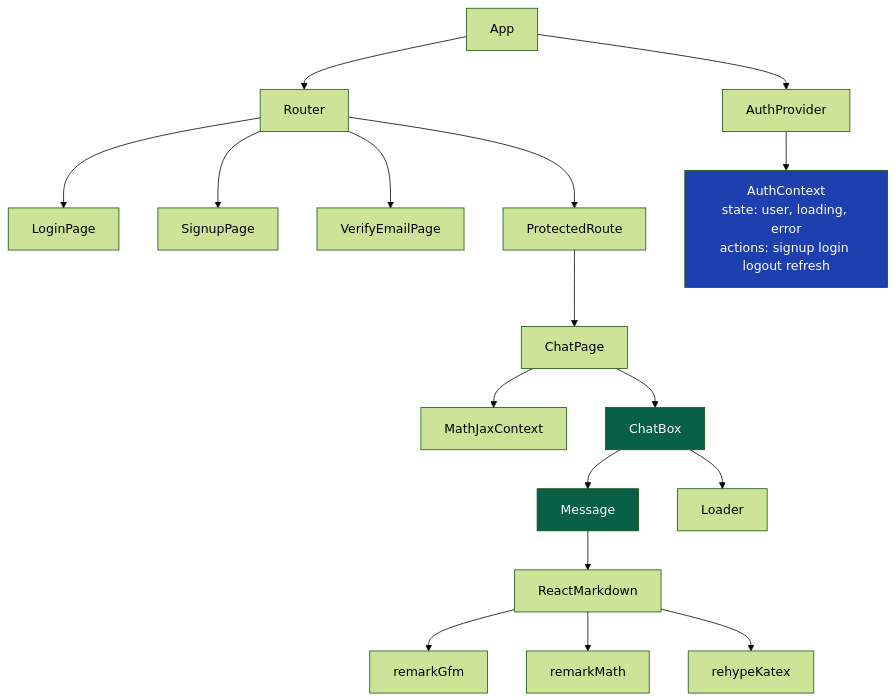
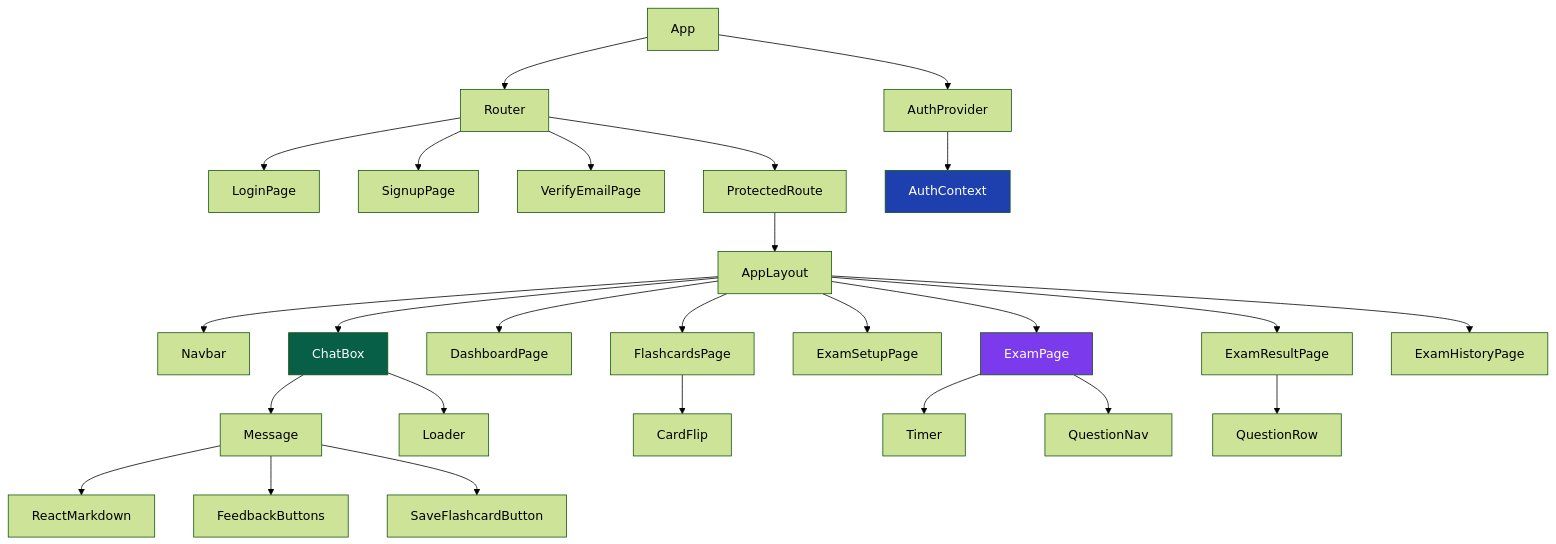
One commit to bikram993298/Rag_main changed the eighth of 8 diagrams in README.md. Above: the diagram before and after it, drawn with Mermaid (forest theme). The commit also changed other lines of this file and 22 other files, not shown here.

````diff
--- a/README.md
+++ b/README.md
@@ -459,28 +514,39 @@
 ```mermaid
 graph TD
     App --> AuthProvider
     App --> Router
 
     Router --> LoginPage
     Router --> SignupPage
     Router --> VerifyEmailPage
+
     Router --> ProtectedRoute
+    ProtectedRoute --> AppLayout
+    AppLayout --> Navbar
 
-    ProtectedRoute --> ChatPage
-    ChatPage --> MathJaxContext
-    ChatPage --> ChatBox
+    AppLayout --> ChatBox
+    AppLayout --> DashboardPage
+    AppLayout --> FlashcardsPage
+    AppLayout --> ExamSetupPage
+    AppLayout --> ExamPage
+    AppLayout --> ExamResultPage
+    AppLayout --> ExamHistoryPage
 
     ChatBox --> Message
     ChatBox --> Loader
+    Message --> ReactMarkdown
+    Message --> FeedbackButtons
+    Message --> SaveFlashcardButton
 
-    Message --> ReactMarkdown
-    ReactMarkdown --> remarkGfm
-    ReactMarkdown --> remarkMath
-    ReactMarkdown --> rehypeKatex
+    FlashcardsPage --> CardFlip
 
-    AuthProvider --> AuthContext["AuthContext\nstate: user, loading, error\nactions: signup login logout refresh"]
+    ExamPage --> Timer
+    ExamPage --> QuestionNav
+    ExamResultPage --> QuestionRow
+
+    AuthProvider --> AuthContext
 
     style AuthContext fill:#1e40af,color:#fff
     style ChatBox fill:#065f46,color:#fff
-    style Message fill:#065f46,color:#fff
+    style ExamPage fill:#7c3aed,color:#fff
 ```
````
